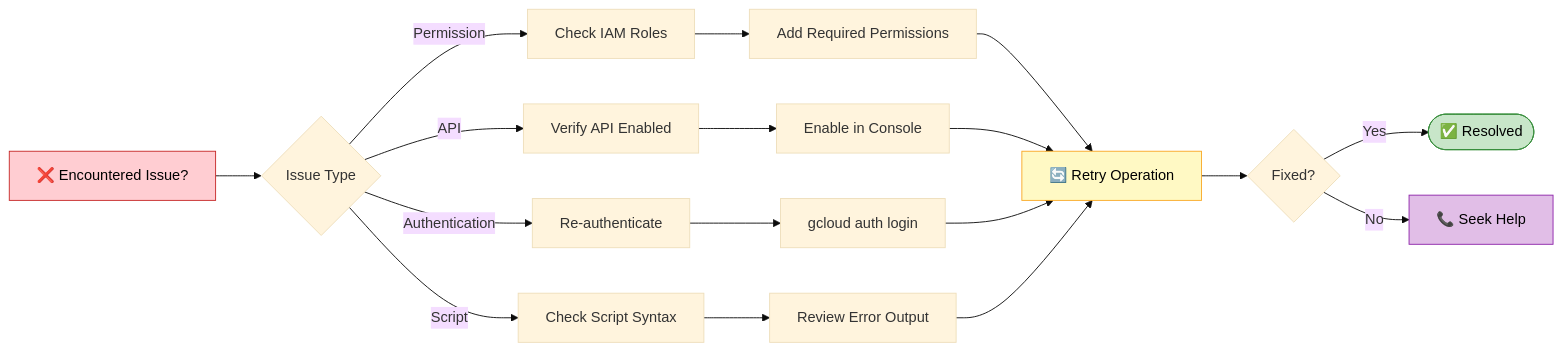
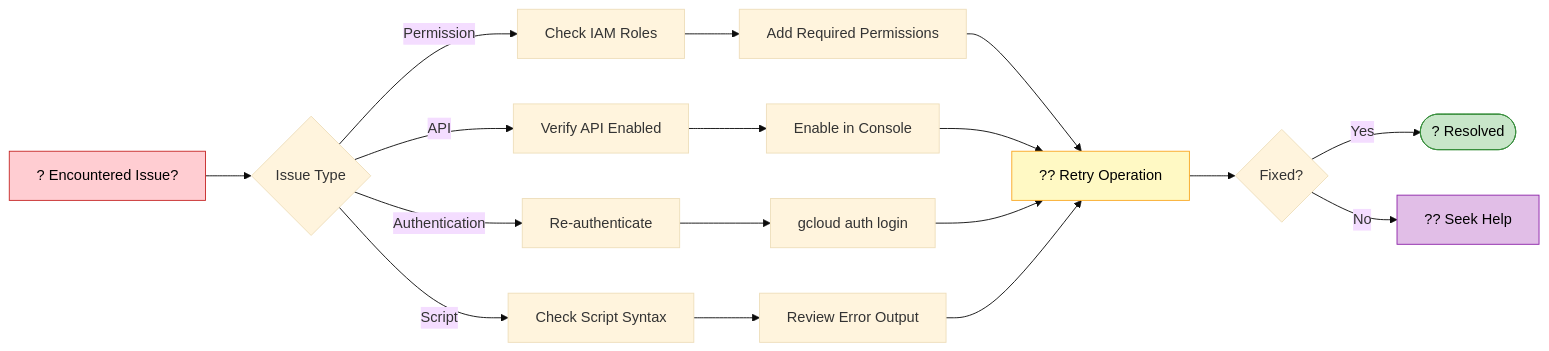
One commit to theeccentriccoder01/Google-Arcade-Labs-EduLinkUp changed the third of 3 diagrams in API Gateway- Qwik Start/EduLinkUp.md. Above: the diagram before and after it, drawn with Mermaid (base theme). The commit also changed other lines of this file and 247 other files, not shown here.

````diff
--- a/API Gateway- Qwik Start/EduLinkUp.md
+++ b/API Gateway- Qwik Start/EduLinkUp.md
@@ -156,28 +156,28 @@
 ```mermaid
 graph LR
-    Issue[❌ Encountered Issue?] --> Type{Issue Type}
+    Issue[? Encountered Issue?] --> Type{Issue Type}
     
     Type -->|Permission| P1[Check IAM Roles]
     Type -->|API| A1[Verify API Enabled]
     Type -->|Authentication| Auth1[Re-authenticate]
     Type -->|Script| S1[Check Script Syntax]
     
     P1 --> P2[Add Required Permissions]
     A1 --> A2[Enable in Console]
     Auth1 --> Auth2[gcloud auth login]
     S1 --> S2[Review Error Output]
     
-    P2 --> Retry[🔄 Retry Operation]
+    P2 --> Retry[?? Retry Operation]
     A2 --> Retry
     Auth2 --> Retry
     S2 --> Retry
     
     Retry --> Success{Fixed?}
-    Success -->|Yes| Done([✅ Resolved])
-    Success -->|No| Help[📞 Seek Help]
+    Success -->|Yes| Done([? Resolved])
+    Success -->|No| Help[?? Seek Help]
     
     style Issue fill:#FFCDD2,stroke:#C62828,color:#000
     style Done fill:#C8E6C9,stroke:#388E3C,color:#000
     style Retry fill:#FFF9C4,stroke:#F9A825,color:#000
     style Help fill:#E1BEE7,stroke:#8E24AA,color:#000
 ```
````
